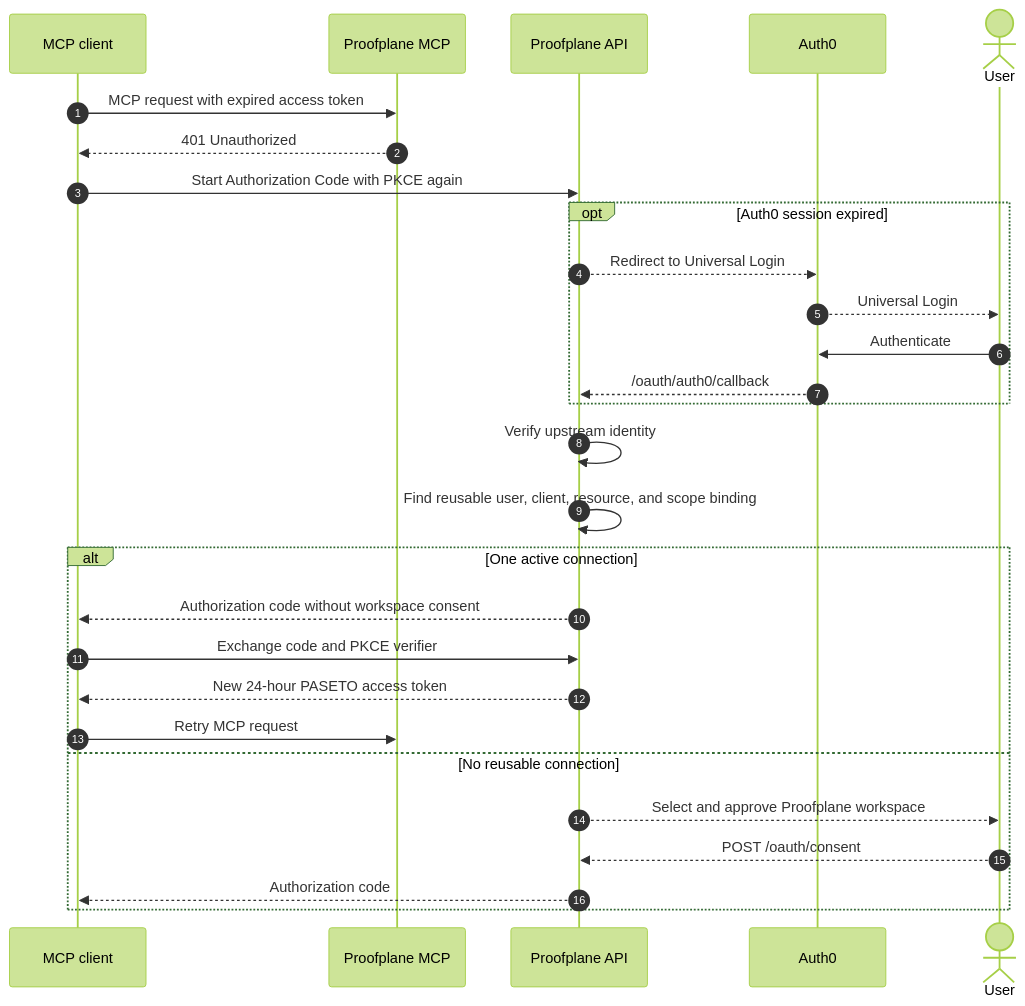
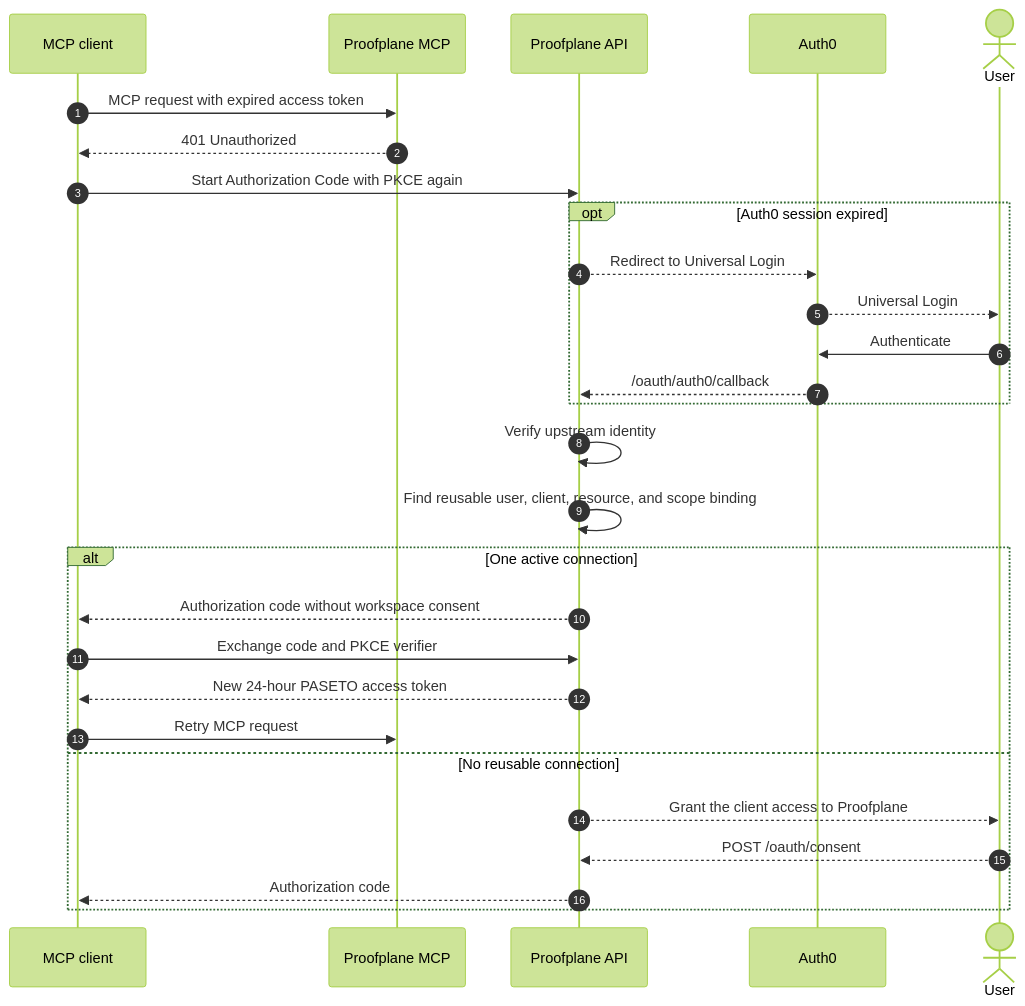
One commit to proofplane/proofplane changed the fourth of 4 diagrams in docs/epics/agent-connector-onboarding/spec.md. Above: the diagram before and after it, drawn with Mermaid (forest theme). The commit also changed other lines of this file and 22 other files, not shown here.

````diff
--- a/docs/epics/agent-connector-onboarding/spec.md
+++ b/docs/epics/agent-connector-onboarding/spec.md
@@ -502,34 +510,34 @@
 ```mermaid
 sequenceDiagram
     autonumber
     participant C as MCP client
     participant M as Proofplane MCP
     participant P as Proofplane API
     participant I as Auth0
     actor U as User
 
     C->>M: MCP request with expired access token
     M-->>C: 401 Unauthorized
     C->>P: Start Authorization Code with PKCE again
 
     opt Auth0 session expired
         P-->>I: Redirect to Universal Login
         I-->>U: Universal Login
         U->>I: Authenticate
         I-->>P: /oauth/auth0/callback
     end
 
     P->>P: Verify upstream identity
     P->>P: Find reusable user, client, resource, and scope binding
 
     alt One active connection
         P-->>C: Authorization code without workspace consent
         C->>P: Exchange code and PKCE verifier
         P-->>C: New 24-hour PASETO access token
         C->>M: Retry MCP request
     else No reusable connection
-        P-->>U: Select and approve Proofplane workspace
+        P-->>U: Grant the client access to Proofplane
         U-->>P: POST /oauth/consent
         P-->>C: Authorization code
     end
 ```
````
